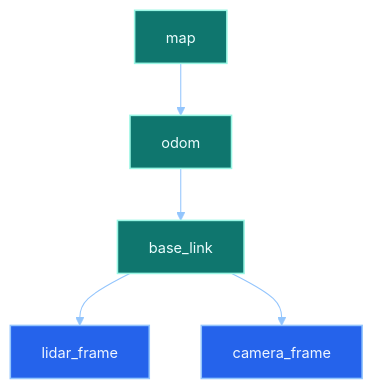
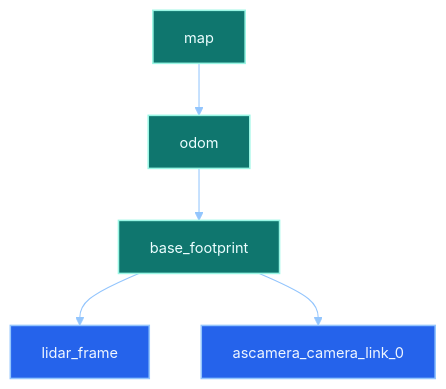
The fourth of 4 diagrams in docs/mentorpi-ros-architecture.md (lexmaister/mentorpi_ws), drawn with Mermaid before and after one commit. The commit also changed other lines of this file and 2 other files, not shown here.

````diff
--- a/docs/mentorpi-ros-architecture.md
+++ b/docs/mentorpi-ros-architecture.md
@@ -571,35 +613,35 @@
 ```mermaid
 %%{init: {'theme': 'base', 'themeVariables': {
   'primaryColor': '#1e293b',
   'primaryTextColor': '#e2e8f0',
   'primaryBorderColor': '#7dd3fc',
   'lineColor': '#93c5fd',
   'secondaryColor': '#0f172a',
   'tertiaryColor': '#111827',
   'background': '#020817',
   'mainBkg': '#0f172a',
   'nodeBorder': '#7dd3fc',
   'clusterBkg': '#0f172a',
   'clusterBorder': '#93c5fd',
   'textColor': '#e2e8f0',
   'fontFamily': 'Arial',
   'fontSize': '14px'
 }}}%%
 flowchart TB
   classDef frame fill:#0f766e,stroke:#99f6e4,color:#ecfeff,stroke-width:1.5px;
   classDef sensor fill:#2563eb,stroke:#93c5fd,color:#eff6ff,stroke-width:1.5px;
 
   MAPF[map]
   ODOMF[odom]
-  BASEF[base_link]
+  BASEF[base_footprint]
   LIDARF[lidar_frame]
-  CAMF[camera_frame]
+  CAMF[ascamera_camera_link_0]
 
   MAPF --> ODOMF
   ODOMF --> BASEF
   BASEF --> LIDARF
   BASEF --> CAMF
 
   class MAPF,ODOMF,BASEF frame;
   class LIDARF,CAMF sensor;
 ```
````
